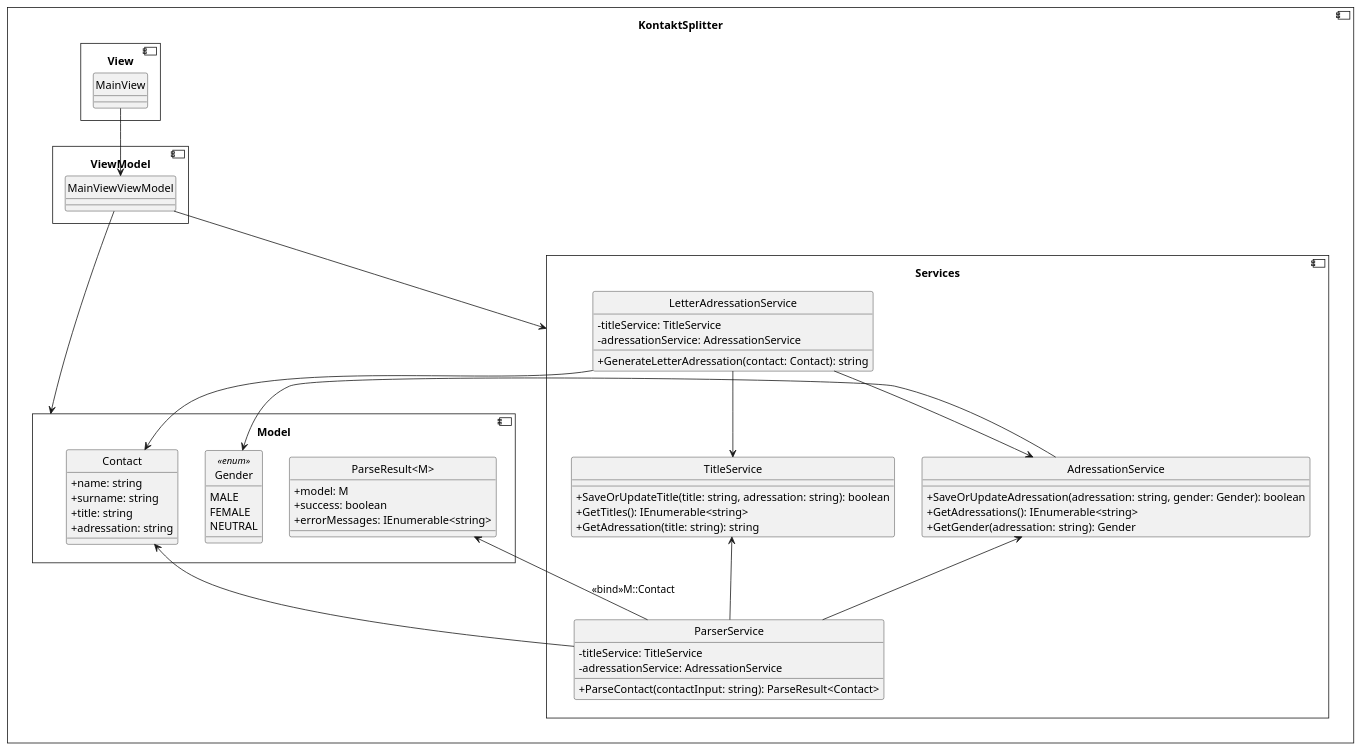
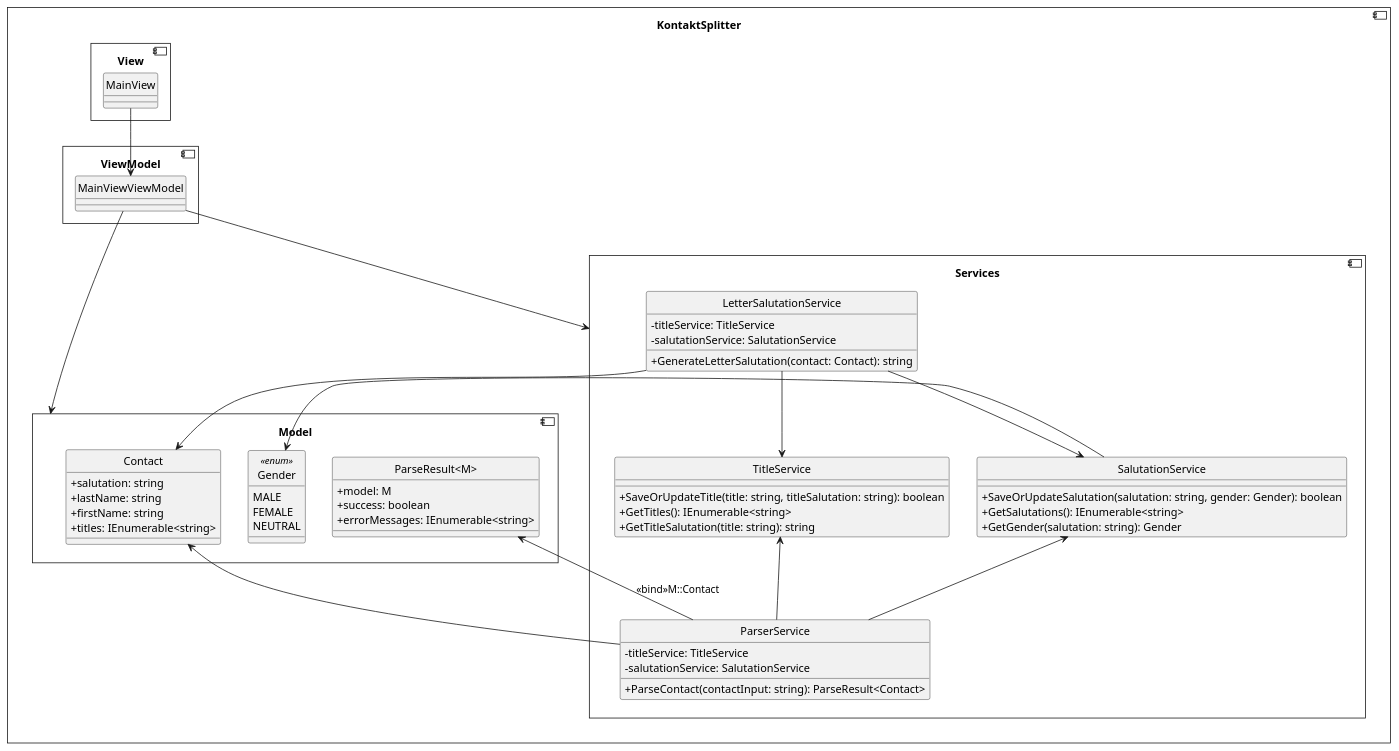
Before and after one commit to etienneZink/Baka.SoftwareQuality: the diagram in doc/Architektur_Fein.pu, drawn with PlantUML.

Commit message:
geändert:       doc/Architektur_Fein.pu

```diff
--- a/doc/Architektur_Fein.pu
+++ b/doc/Architektur_Fein.pu
@@ -1,90 +1,90 @@
 @startuml Architektur_Grob
 skinparam Style strictuml
 skinparam genericDisplay old
 skinparam classAttributeIconSize 0
 skinparam monochrome true
 
 component KontaktSplitter{
 
     component View{
         class MainView
     }
 
     component ViewModel{
         class MainViewViewModel{
             'ToDo Bindings
         }
     }
 
     component Model{
         class Contact{
-            +name: string
-            +surname: string
-            +title: string
-            +adressation: string
+            +salutation: string
+            +lastName: string
+            +firstName: string
+            +titles: IEnumerable<string>
         }
 
         class ParseResult<M>{
             +model: M
             +success: boolean
             +errorMessages: IEnumerable<string>
         }
 
         enum Gender<<enum>>{
             MALE
             FEMALE
             NEUTRAL
         }
     }
 
     component Services{
         class TitleService{
-            +SaveOrUpdateTitle(title: string, adressation: string): boolean
+            +SaveOrUpdateTitle(title: string, titleSalutation: string): boolean
             +GetTitles(): IEnumerable<string>
-            +GetAdressation(title: string): string
+            +GetTitleSalutation(title: string): string
         }
 
-        class AdressationService{
-            +SaveOrUpdateAdressation(adressation: string, gender: Gender): boolean
-            +GetAdressations(): IEnumerable<string>
-            +GetGender(adressation: string): Gender
+        class SalutationService{
+            +SaveOrUpdateSalutation(salutation: string, gender: Gender): boolean
+            +GetSalutations(): IEnumerable<string>
+            +GetGender(salutation: string): Gender
         }
 
         class ParserService{
             -titleService: TitleService
-            -adressationService: AdressationService
+            -salutationService: SalutationService
             +ParseContact(contactInput: string): ParseResult<Contact>
         }
         
-        class LetterAdressationService{
+        class LetterSalutationService{
             -titleService: TitleService
-            -adressationService: AdressationService
-            +GenerateLetterAdressation(contact: Contact): string
+            -salutationService: SalutationService
+            +GenerateLetterSalutation(contact: Contact): string
         }
     }
 }
 
 
 
 MainView --> MainViewViewModel
 
 'MainViewViewModel --> ParserService
-'MainViewViewModel --> LetterAdressationService
+'MainViewViewModel --> LetterSalutationService
 'MainViewViewModel --> Contact
 'MainViewViewModel --> TitleService
-'MainViewViewModel --> AdressationService
+'MainViewViewModel --> SalutationService
 MainViewViewModel --> Model
 MainViewViewModel --> Services
 
-LetterAdressationService --> TitleService
-LetterAdressationService --> AdressationService
-LetterAdressationService --> Contact
+LetterSalutationService --> TitleService
+LetterSalutationService --> SalutationService
+LetterSalutationService --> Contact
 
 TitleService <-- ParserService
-AdressationService <-- ParserService
+SalutationService <-- ParserService
 Contact <-- ParserService
 ParseResult <-- ParserService:<<bind>>M::Contact
 
-AdressationService --> Gender
+SalutationService --> Gender
 
 @enduml
```
